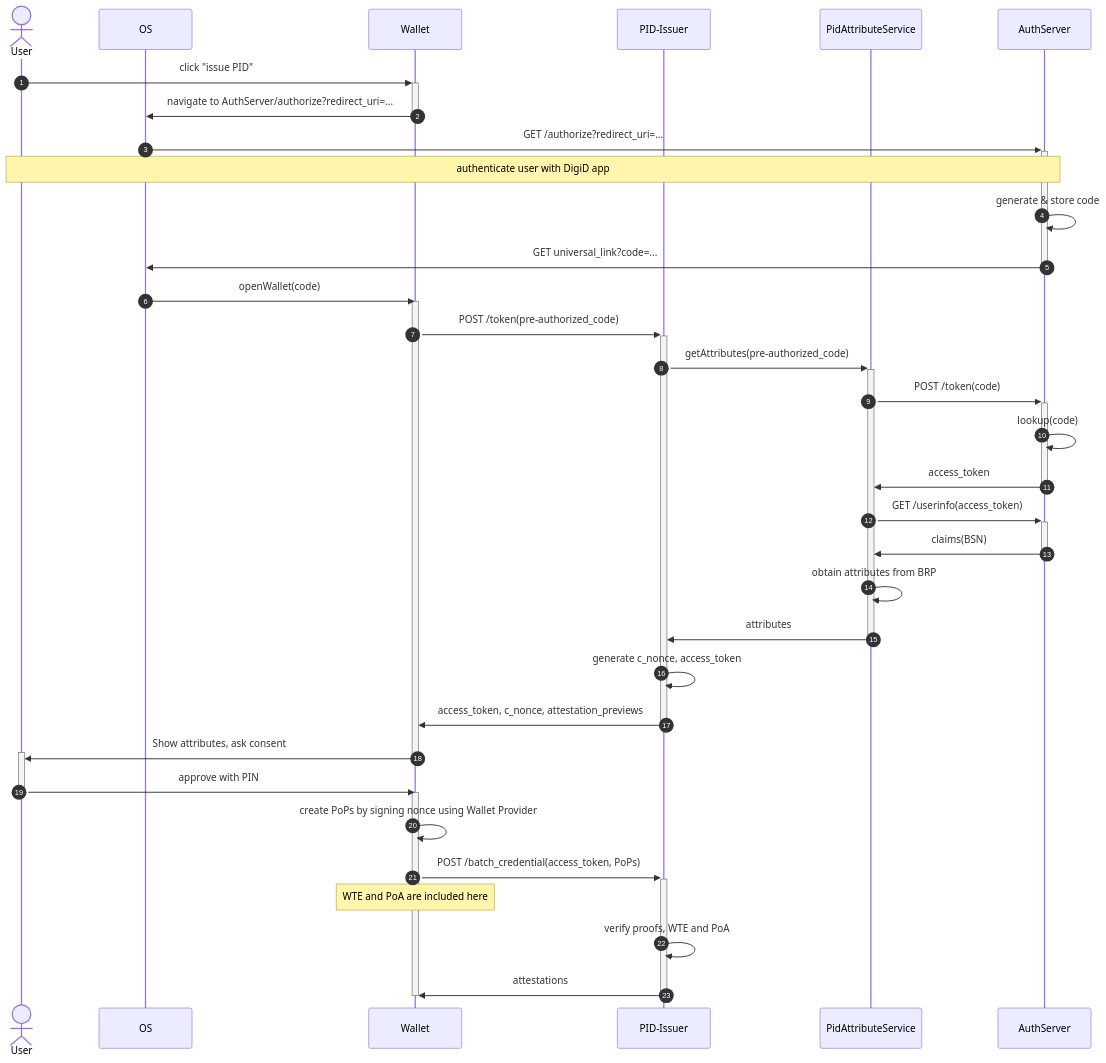
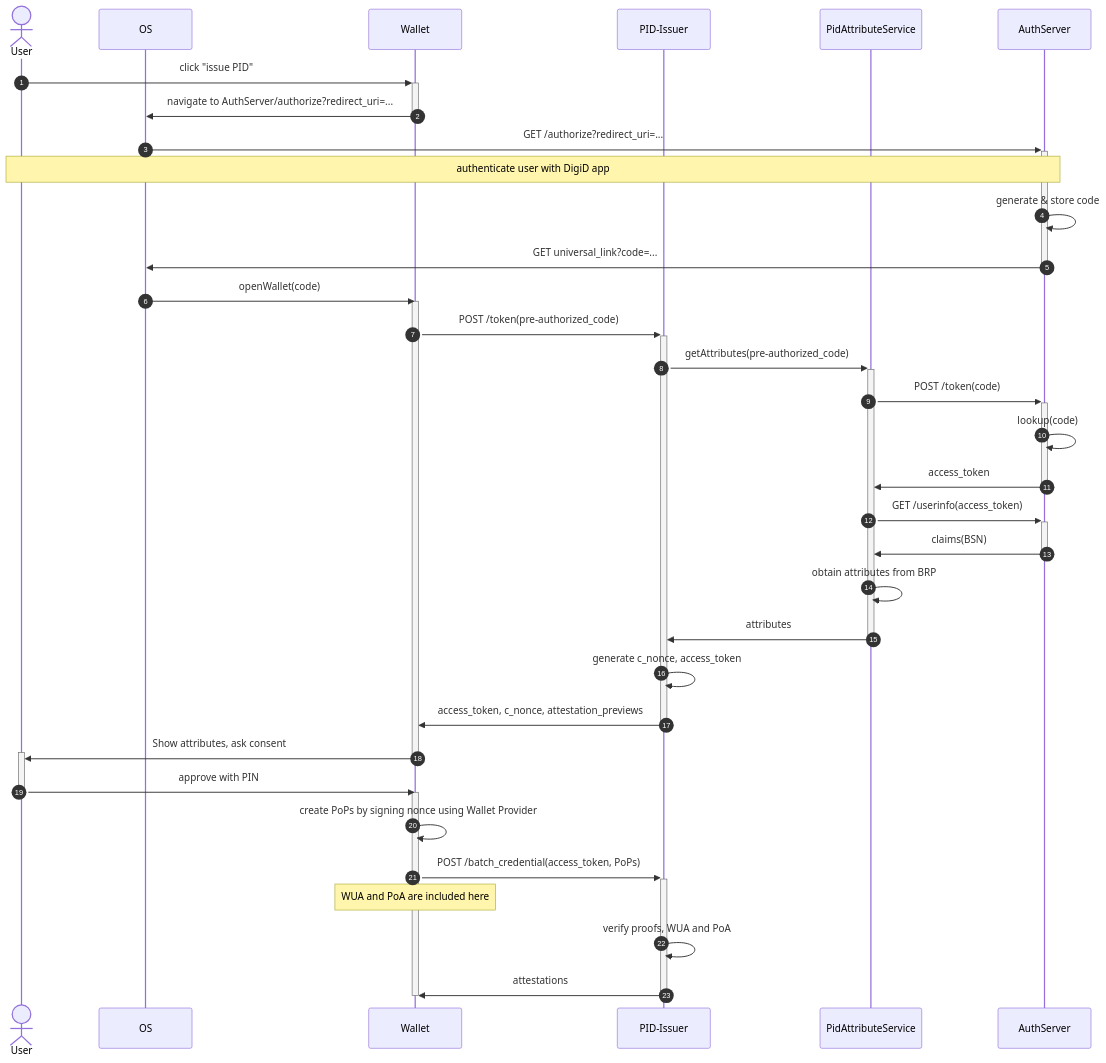
One commit to MinBZK/nl-wallet changed the first of 2 diagrams in documentation/diagrams/issuance.md. Above: the diagram before and after it, drawn with Mermaid. The commit also changed 46 other files, not shown here.

Commit message:
Rename WTE to WUA

````diff
--- a/documentation/diagrams/issuance.md
+++ b/documentation/diagrams/issuance.md
@@ -22,41 +22,41 @@
 ```{mermaid}
 sequenceDiagram
     autonumber
 
     actor User
     participant OS
     participant Wallet
     participant WalletServer as PID-Issuer
     participant PidAttributeService
     participant AuthServer
 
     User->>+Wallet: click "issue PID"
     Wallet->>-OS: navigate to AuthServer/authorize?redirect_uri=...
     OS->>+AuthServer: GET /authorize?redirect_uri=...
     note over User, AuthServer: authenticate user with DigiD app
     AuthServer->>AuthServer: generate & store code
     AuthServer->>-OS: GET universal_link?code=...
     OS->>Wallet: openWallet(code)
     activate Wallet
         Wallet->>+WalletServer: POST /token(pre-authorized_code)
         WalletServer->>+PidAttributeService: getAttributes(pre-authorized_code)
         PidAttributeService->>+AuthServer: POST /token(code)
         AuthServer->>AuthServer: lookup(code)
         AuthServer->>-PidAttributeService: access_token
         PidAttributeService->>+AuthServer: GET /userinfo(access_token)
         AuthServer->>-PidAttributeService: claims(BSN)
         PidAttributeService->>PidAttributeService: obtain attributes from BRP
         PidAttributeService->>-WalletServer: attributes
         WalletServer->>WalletServer: generate c_nonce, access_token
         WalletServer->>-Wallet: access_token, c_nonce, attestation_previews
         Wallet->>+User: Show attributes, ask consent
     deactivate Wallet
     User->>-Wallet: approve with PIN
     activate Wallet
         Wallet->>Wallet: create PoPs by signing nonce using Wallet Provider
         Wallet->>+WalletServer: POST /batch_credential(access_token, PoPs)
-        note over Wallet: WTE and PoA are included here
-        WalletServer->>WalletServer: verify proofs,  WTE and PoA
+        note over Wallet: WUA and PoA are included here
+        WalletServer->>WalletServer: verify proofs,  WUA and PoA
         WalletServer->>-Wallet: attestations
     deactivate Wallet
 ```
````
